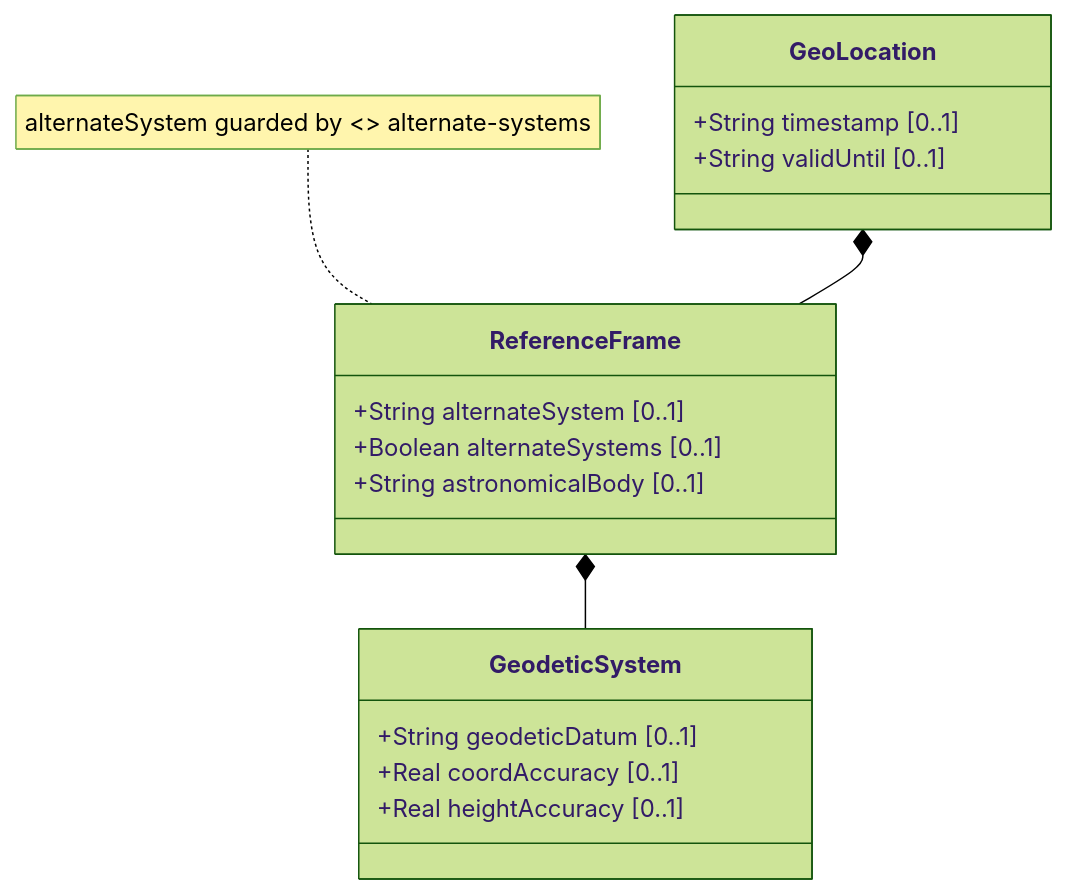
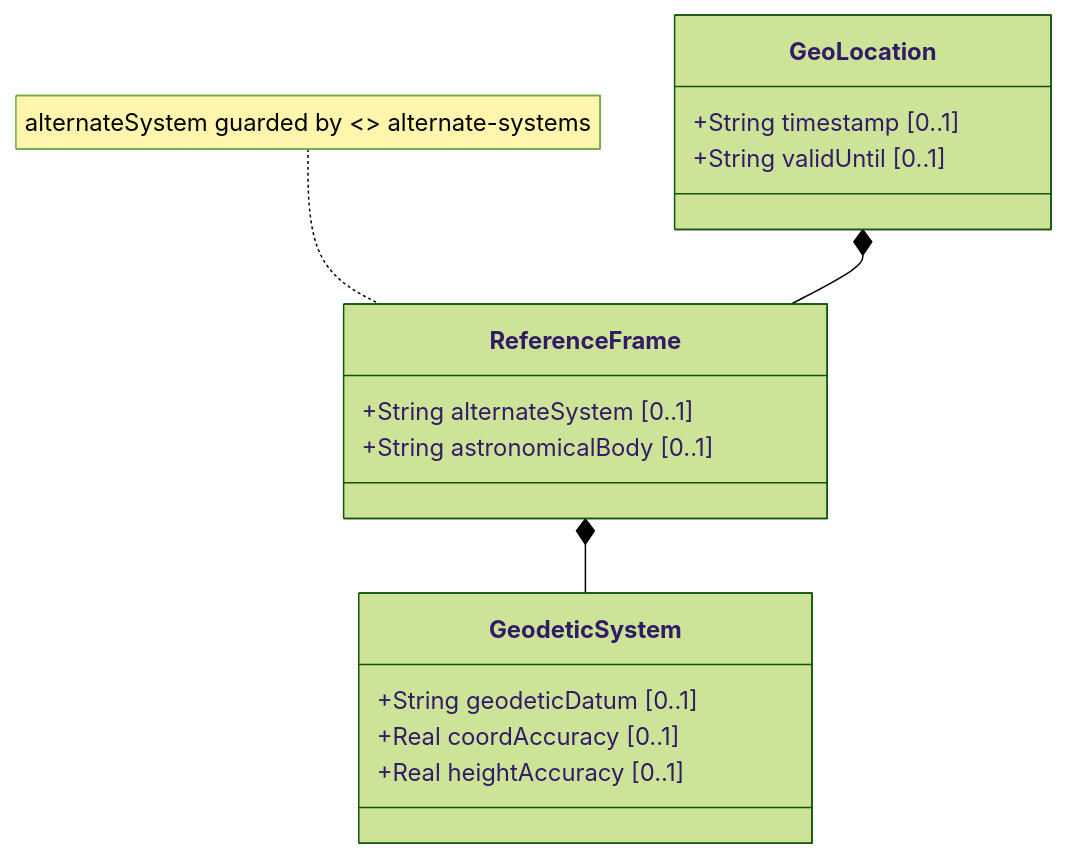
One commit to gintatkinson/3dgs-027 changed the diagram in docs/features/feat-02-reference-frame.md. Above: the diagram before and after it, drawn with Mermaid (forest theme). The commit also changed 9 other files, not shown here.

````diff
--- a/docs/features/feat-02-reference-frame.md
+++ b/docs/features/feat-02-reference-frame.md
@@ -24,22 +24,21 @@
 ```mermaid
 classDiagram
     class ReferenceFrame {
         +String alternateSystem [0..1]
-        +Boolean alternateSystems [0..1]
         +String astronomicalBody [0..1]
     }
     class GeodeticSystem {
         +String geodeticDatum [0..1]
         +Real coordAccuracy [0..1]
         +Real heightAccuracy [0..1]
     }
     class GeoLocation {
         +String timestamp [0..1]
         +String validUntil [0..1]
     }
 
     GeoLocation *-- ReferenceFrame
     ReferenceFrame *-- GeodeticSystem
 
     note for ReferenceFrame "alternateSystem guarded by <<feature_guard>> alternate-systems"
 ```
````
